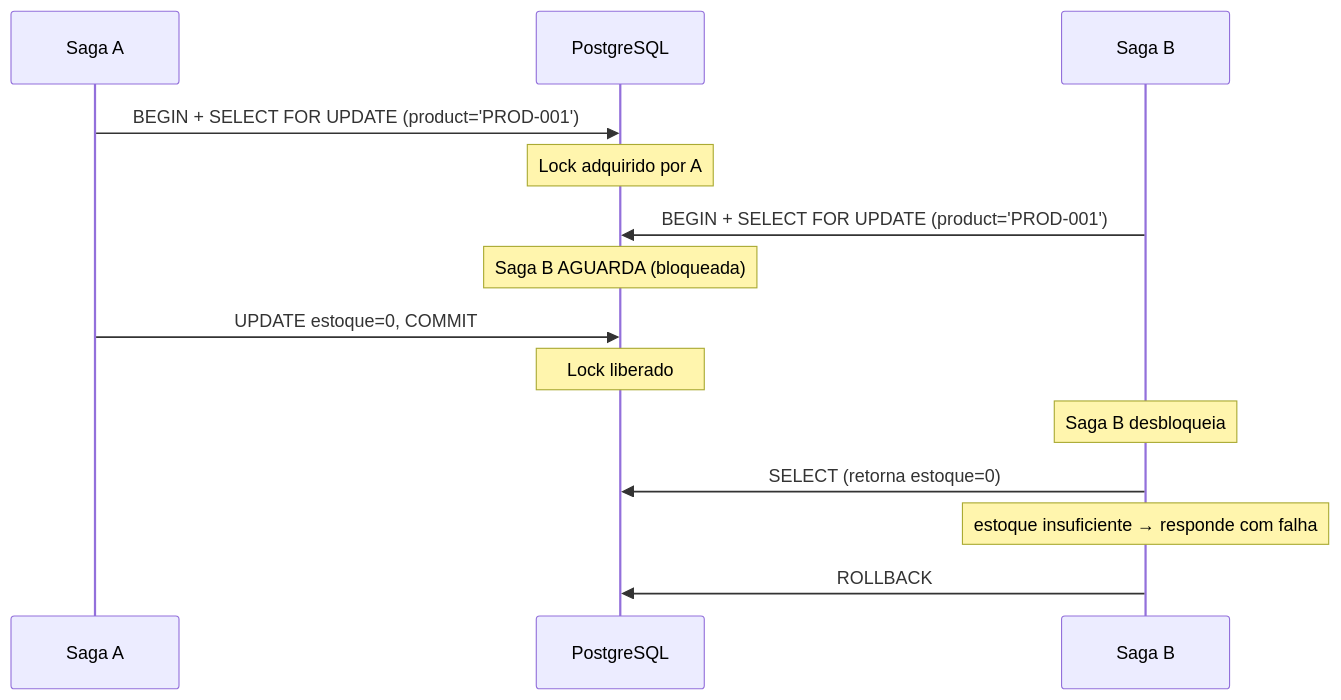
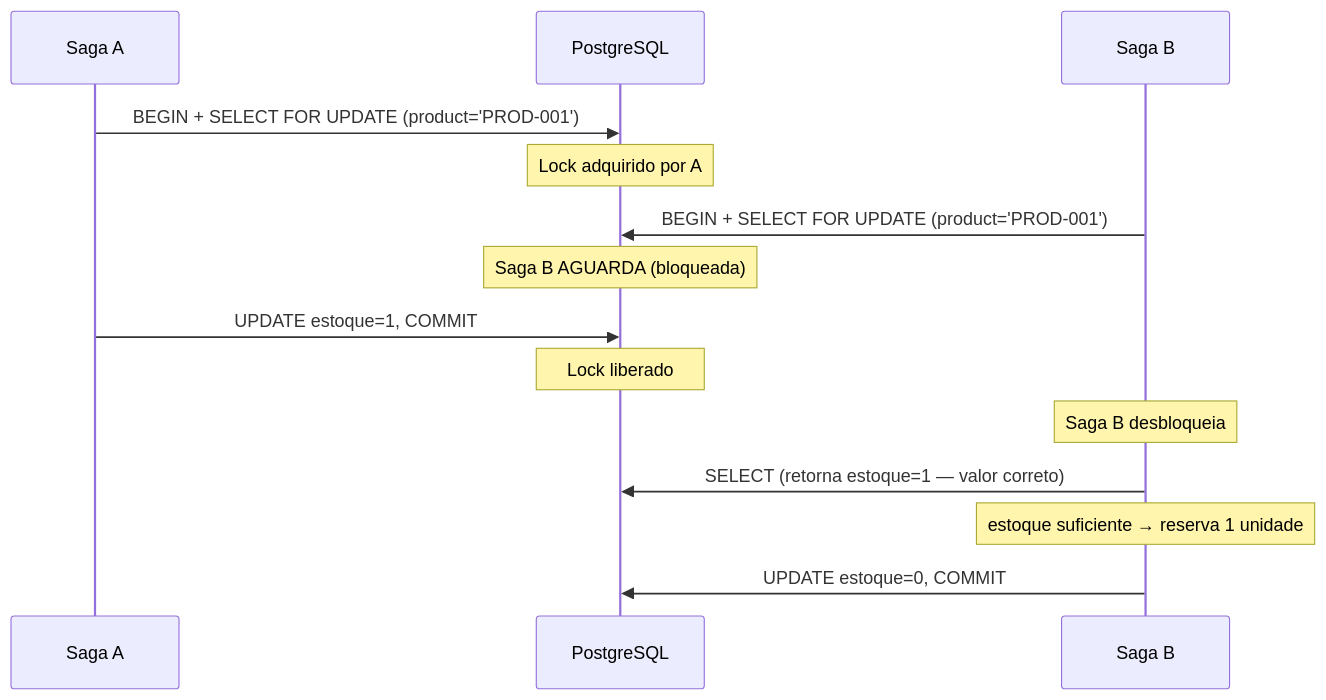
One commit to iannkzw/saga-orchestration-sqs changed the second of 4 diagrams in docs/07-concorrencia-sagas.md. Above: the diagram before and after it, drawn with Mermaid. The commit also changed other lines of this file and 7 other files, not shown here.

First line of the commit message:
feat(m5): implementar concorrencia com SELECT FOR UPDATE no InventoryService

````diff
--- a/docs/07-concorrencia-sagas.md
+++ b/docs/07-concorrencia-sagas.md
@@ -70,19 +68,19 @@
 ```mermaid
 sequenceDiagram
     participant SA as Saga A
     participant DB as PostgreSQL
     participant SB as Saga B
 
     SA->>DB: BEGIN + SELECT FOR UPDATE (product='PROD-001')
     Note over DB: Lock adquirido por A
     SB->>DB: BEGIN + SELECT FOR UPDATE (product='PROD-001')
     Note over DB: Saga B AGUARDA (bloqueada)
 
-    SA->>DB: UPDATE estoque=0, COMMIT
+    SA->>DB: UPDATE estoque=1, COMMIT
     Note over DB: Lock liberado
 
     Note over SB: Saga B desbloqueia
-    SB->>DB: SELECT (retorna estoque=0)
-    Note over SB: estoque insuficiente → responde com falha
-    SB->>DB: ROLLBACK
+    SB->>DB: SELECT (retorna estoque=1 — valor correto)
+    Note over SB: estoque suficiente → reserva 1 unidade
+    SB->>DB: UPDATE estoque=0, COMMIT
 ```
````
